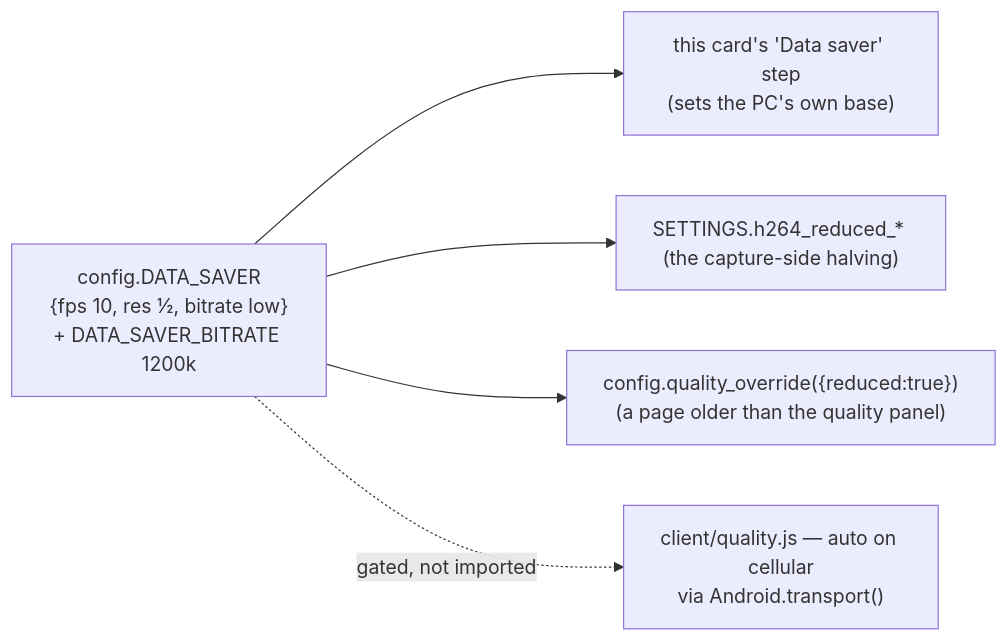
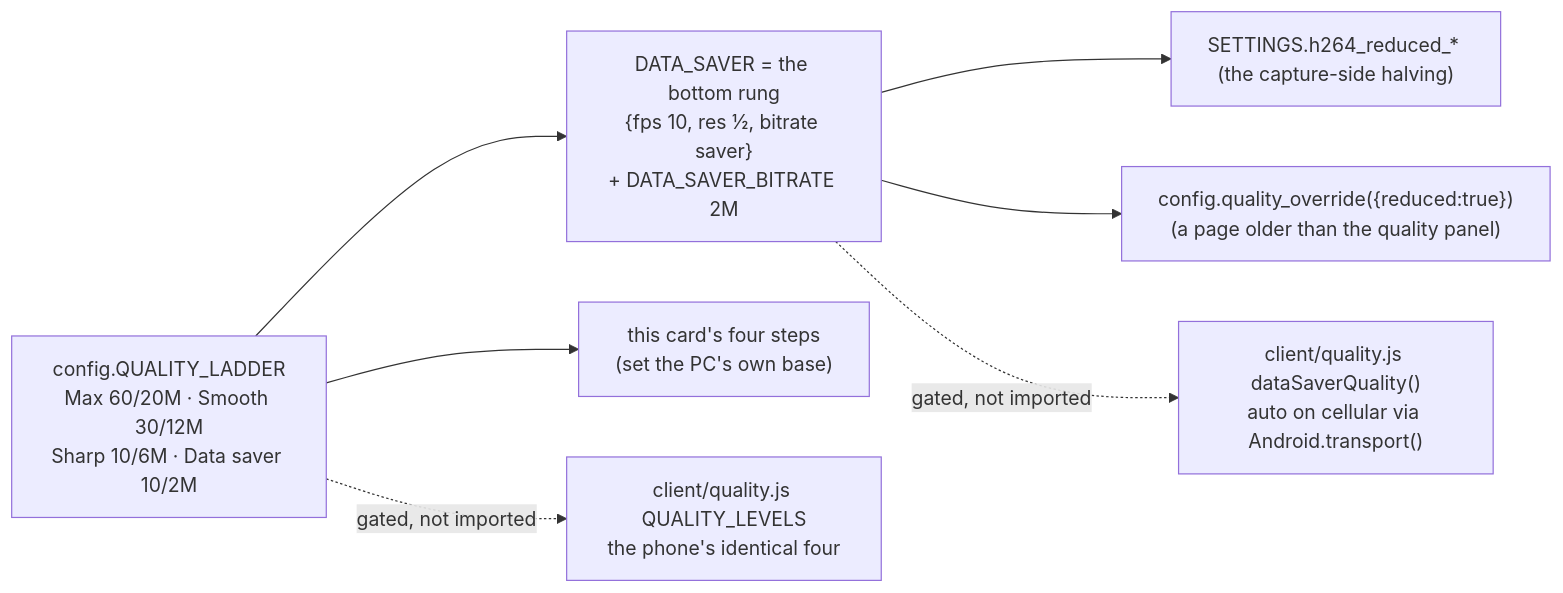
The third of 3 diagrams in server/gui/__flow/stream_card.md (UVuruna/Remote-User), drawn with Mermaid before and after one commit. The commit also changed other lines of this file and 10 other files, not shown here.

Commit message:
0.0.146 His four levels, absolute on both sides — and a rule of mine deleted for being wrong

````diff
--- a/server/gui/__flow/stream_card.md
+++ b/server/gui/__flow/stream_card.md
@@ -48,8 +48,10 @@
 ```mermaid
 flowchart LR
-    A["config.DATA_SAVER<br/>{fps 10, res ½, bitrate low}<br/>+ DATA_SAVER_BITRATE 1200k"]
-    A --> B["this card's 'Data saver' step<br/>(sets the PC's own base)"]
-    A --> C["SETTINGS.h264_reduced_* <br/>(the capture-side halving)"]
-    A --> D["config.quality_override({reduced:true})<br/>(a page older than the quality panel)"]
-    A -. "gated, not imported" .-> E["client/quality.js — auto on cellular<br/>via Android.transport()"]
+    A["config.QUALITY_LADDER<br/>Max 60/20M · Smooth 30/12M<br/>Sharp 10/6M · Data saver 10/2M"]
+    A --> A2["DATA_SAVER = the bottom rung<br/>{fps 10, res ½, bitrate saver}<br/>+ DATA_SAVER_BITRATE 2M"]
+    A --> B["this card's four steps<br/>(set the PC's own base)"]
+    A -. "gated, not imported" .-> F["client/quality.js QUALITY_LEVELS<br/>the phone's identical four"]
+    A2 --> C["SETTINGS.h264_reduced_* <br/>(the capture-side halving)"]
+    A2 --> D["config.quality_override({reduced:true})<br/>(a page older than the quality panel)"]
+    A2 -. "gated, not imported" .-> E["client/quality.js dataSaverQuality()<br/>auto on cellular via Android.transport()"]
 ```
````
